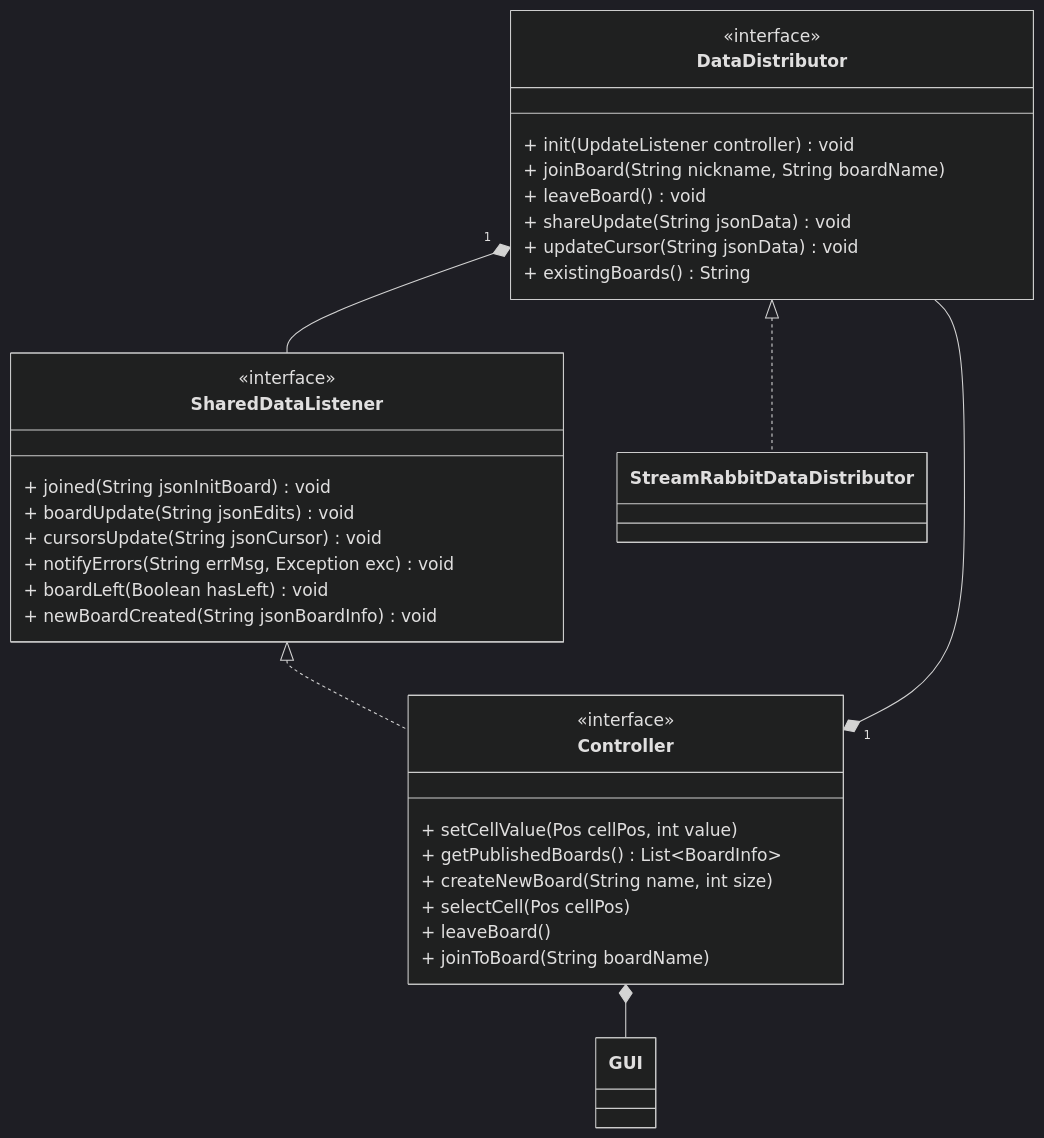
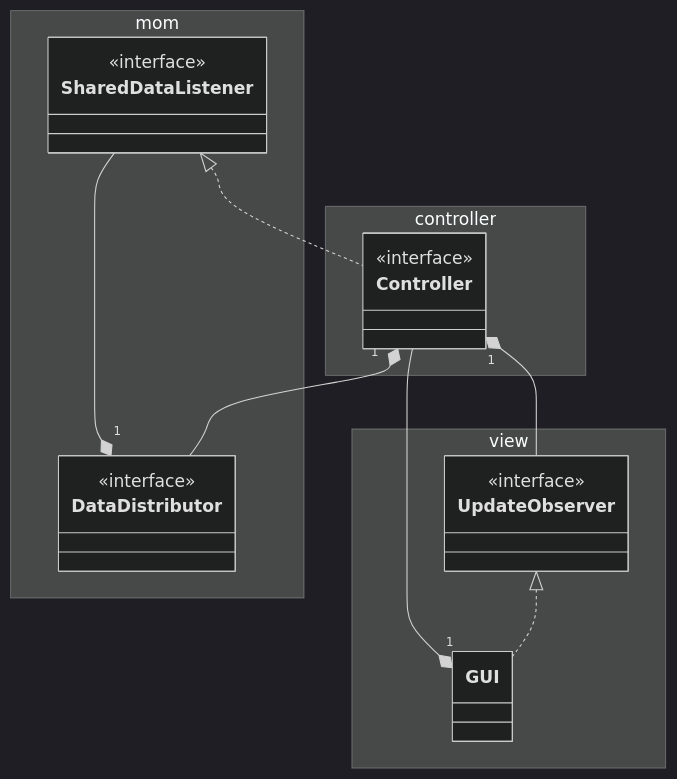
One commit to TeoV00/coop-sudoku-pcd changed the first of 2 diagrams in README.md. Above: the diagram before and after it, drawn with Mermaid (dark theme).

Commit message:
doc: simple UML

````diff
--- a/README.md
+++ b/README.md
@@ -5,42 +5,36 @@
 ``` mermaid
 
 classDiagram
 
-DataDistributor "1" *-- SharedDataListener
-DataDistributor <|.. StreamRabbitDataDistributor
 SharedDataListener <|.. Controller
 Controller "1" *-- DataDistributor
-Controller *-- GUI
+GUI "1" *-- Controller
+DataDistributor "1" *-- SharedDataListener
+Controller "1" *-- UpdateObserver
 
-class DataDistributor {
-  <<interface>>
-  + init(UpdateListener controller) void
-  + joinBoard(String nickname, String boardName)
-  + leaveBoard() void
-  + shareUpdate(String jsonData) void
-  + updateCursor(String jsonData) void
-  + existingBoards() String
+UpdateObserver <|.. GUI
+
+
+namespace controller {
+  class Controller {
+    <<interface>>
+  }
 }
 
-class SharedDataListener {
-  <<interface>>
+namespace mom {
+  class DataDistributor {
+    <<interface>>
+  }
+  class SharedDataListener {
+    <<interface>>
+  }
 
-  + joined(String jsonInitBoard) void
-  + boardUpdate(String jsonEdits) void 
-  + cursorsUpdate(String jsonCursor) void
-  + notifyErrors(String errMsg, Exception exc) void
-  + boardLeft(Boolean hasLeft) void
-  + newBoardCreated(String jsonBoardInfo) void
 }
 
-class Controller {
-  <<interface>>
-  + setCellValue(Pos cellPos, int value)
-  + getPublishedBoards() List~BoardInfo~
-  + createNewBoard(String name, int size)
-  + selectCell(Pos cellPos)
-  + leaveBoard()
-  + joinToBoard(String boardName)
+namespace view {
+  class GUI
+  class UpdateObserver {
+    <<interface>>
+  }
 }
-
 ```
````
